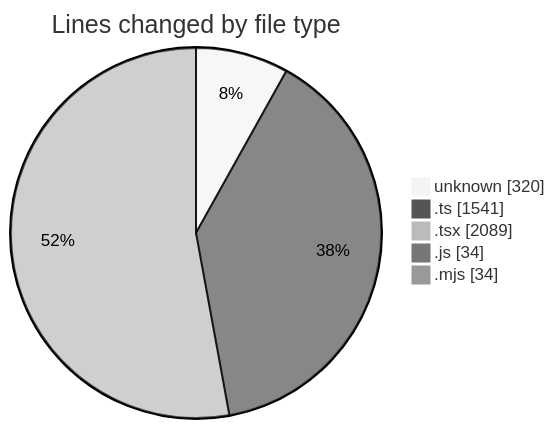
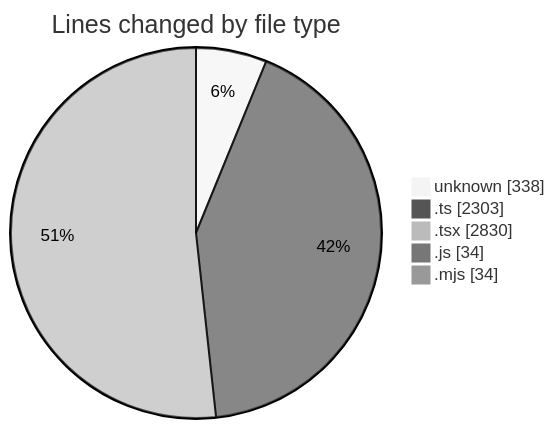
One commit to CELIANVF/code-tracking changed the first of 2 diagrams in 2025-06-13/ecodeli-1/README.md. Above: the diagram before and after it, drawn with Mermaid (neutral theme). The commit also changed other lines of this file and 1 other file, not shown here.

````diff
--- a/2025-06-13/ecodeli-1/README.md
+++ b/2025-06-13/ecodeli-1/README.md
@@ -29,9 +29,9 @@
 ```mermaid
 pie showData
 title Lines changed by file type
-"unknown" : 320
-".ts" : 1541
-".tsx" : 2089
+"unknown" : 338
+".ts" : 2303
+".tsx" : 2830
 ".js" : 34
 ".mjs" : 34
 ```
````
